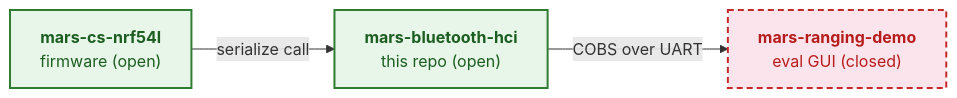
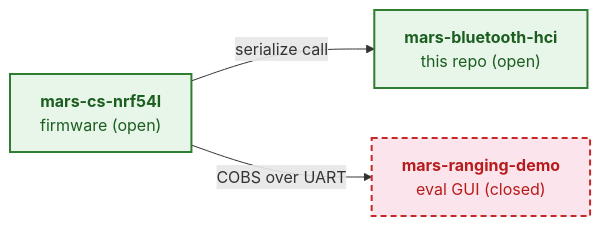
The diagram in README.md (Metirionic/mars-bluetooth-hci), drawn with Mermaid before and after one commit. The commit also changed 2 other files, not shown here.

Commit message:
docs: address review findings on README landing page
Correct three issues surfaced by review of the README landing-page
rework:

- README: the trimmed mermaid's "COBS over UART" edge now originates at
  the firmware (FW --> APP), matching the canonical docs/ecosystem.md
  flow. The firmware relays the library's serialized buffer over UART;
  the library has no UART transport. The diagram now honors its own
  "keep this trimmed diagram in sync with docs/ecosystem.md" marker.
- CONTEXT.md: align the H1 and opening prose to "MARS Bluetooth HCI"
  so the two front-door docs present the same proper-noun form.
- CONTRIBUTING.md section 5: reword the root-README scope rationale to
  the structural reason (not a workspace-member crate README; carries no
  version literals), which stays accurate after the deferred
  crate-inventory slice restores crates.io shields.

Refs #29.

````diff
--- a/README.md
+++ b/README.md
@@ -11,12 +11,12 @@
 ```mermaid
 flowchart LR
     FW["<b>mars-cs-nrf54l</b><br/>firmware (open)"]
     LIB["<b>mars-bluetooth-hci</b><br/>this repo (open)"]
     APP["<b>mars-ranging-demo</b><br/>eval GUI (closed)"]
     FW -->|"serialize call"| LIB
-    LIB -->|"COBS over UART"| APP
+    FW -->|"COBS over UART"| APP
     classDef open fill:#e8f5e9,stroke:#2e7d32,stroke-width:2px,color:#1b5e20
     classDef closed fill:#fce4ec,stroke:#c62828,stroke-width:2px,stroke-dasharray:6 4,color:#b71c1c
     class FW,LIB open
     class APP closed
 ```
````
